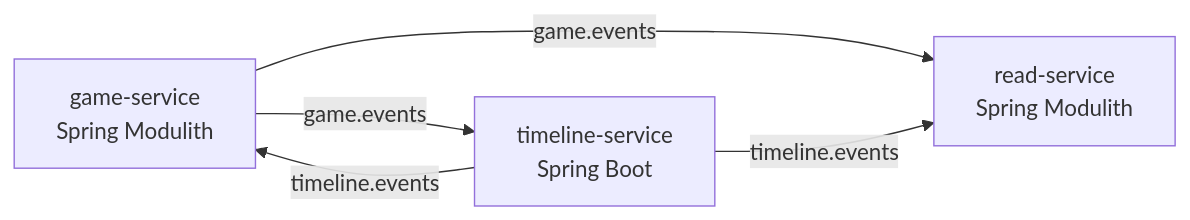
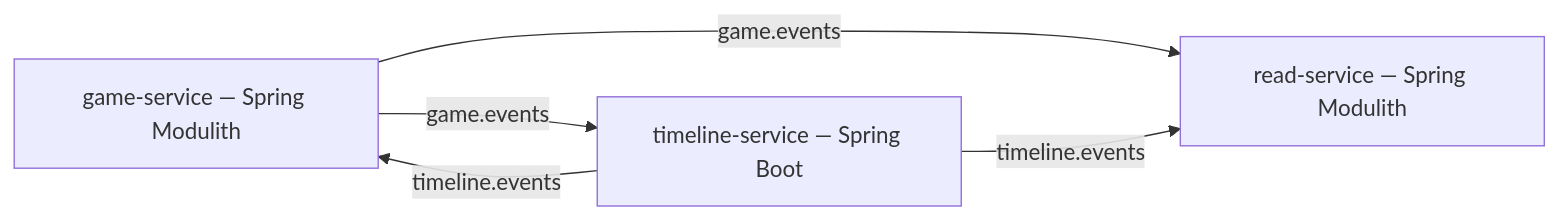
One commit to temporal-rift/docs changed the diagram in introduction.mdx. Above: the diagram before and after it, drawn with Mermaid. The commit also changed 9 other files, not shown here.

First line of the commit message:
fix: replace literal \n in Mermaid node labels with em-dash separator

````diff
--- a/introduction.mdx
+++ b/introduction.mdx
@@ -39,7 +39,7 @@
 ```mermaid
 graph LR
-  GS[game-service\nSpring Modulith] -->|game.events| TL[timeline-service\nSpring Boot]
+  GS[game-service — Spring Modulith] -->|game.events| TL[timeline-service — Spring Boot]
   TL -->|timeline.events| GS
-  GS -->|game.events| RS[read-service\nSpring Modulith]
+  GS -->|game.events| RS[read-service — Spring Modulith]
   TL -->|timeline.events| RS
 ```
````
